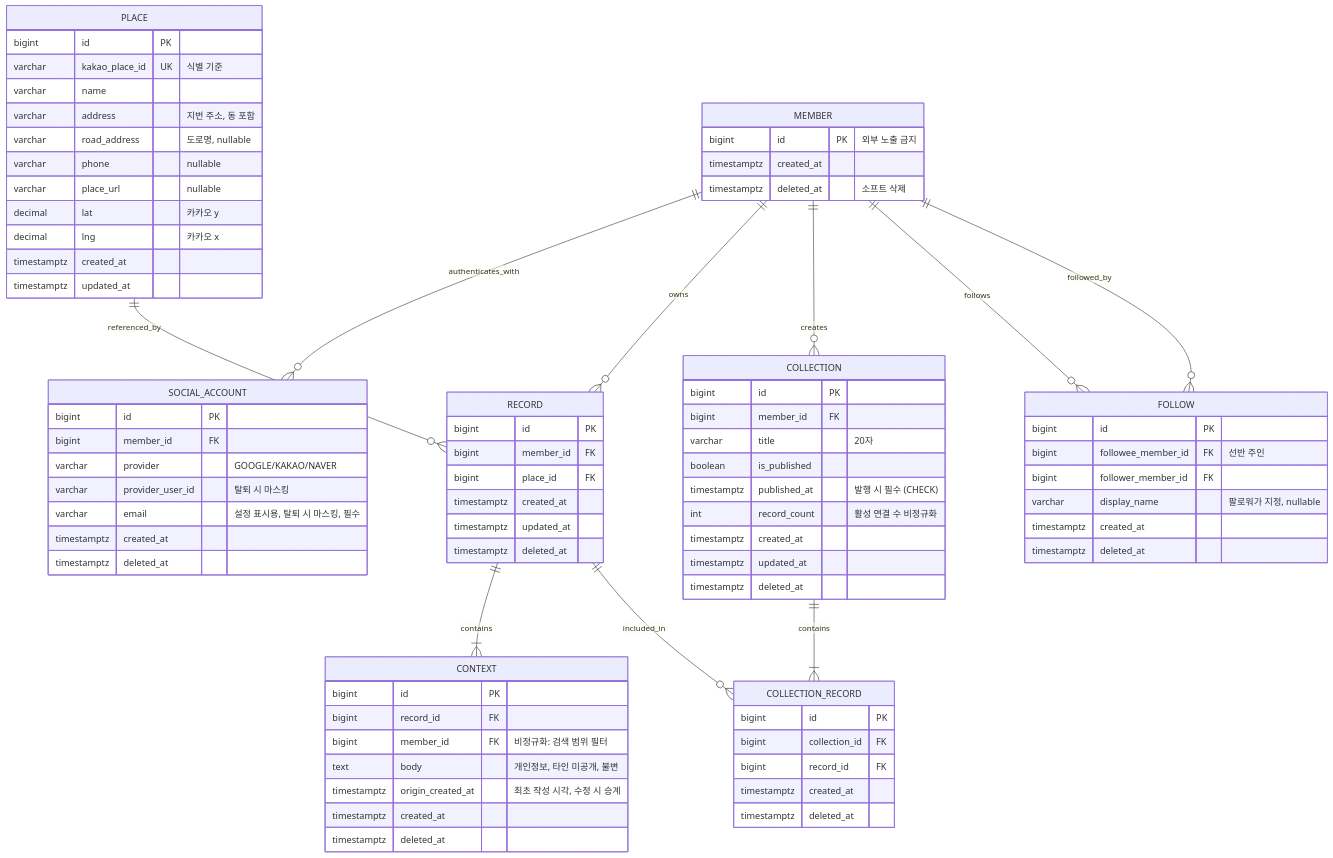
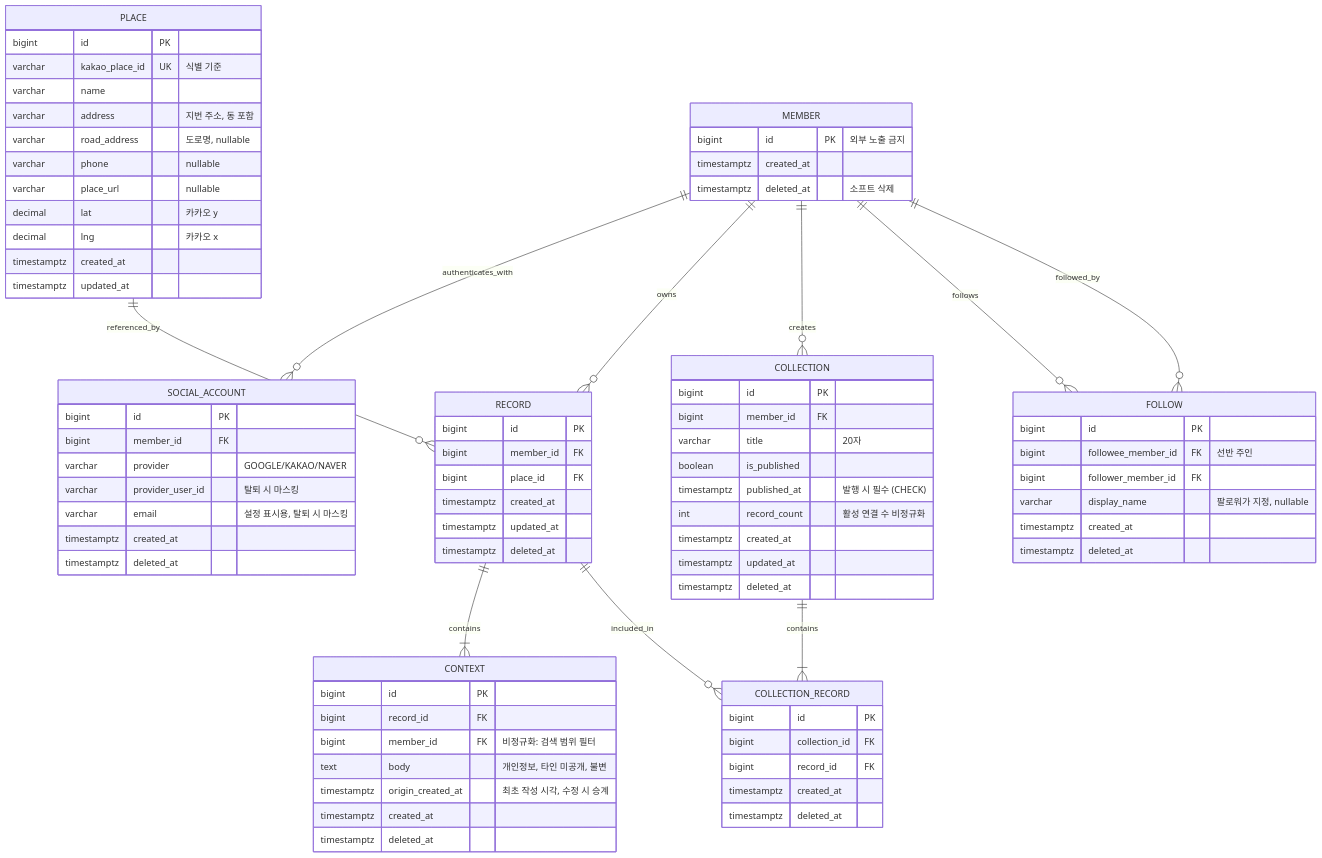
The first of 2 diagrams in static/07_ERD.md (Team-PinLog/docs), drawn with Mermaid before and after one commit.

Commit message:
docs: ERD의 email 표기를 문서 관례에 맞춘다
앞 커밋에서 "nullable"을 "필수"로 바꿨는데, 이 ERD는 **nullable인 것만 표기하고
기본은 필수**로 두는 관례를 쓴다. road_address·phone·place_url·display_name에만
nullable이 붙어 있고, 필수를 명시하는 것은 published_at "발행 시 필수 (CHECK)"처럼
조건부일 때다.

email은 무조건 필수이므로 표기를 지우는 것이 관례에 맞다. 같은 테이블의
provider_user_id와 같은 형태가 됐다.

```diff
--- a/static/07_ERD.md
+++ b/static/07_ERD.md
@@ -29,7 +29,7 @@
         bigint member_id FK
         varchar provider "GOOGLE/KAKAO/NAVER"
         varchar provider_user_id "탈퇴 시 마스킹"
-        varchar email "설정 표시용, 탈퇴 시 마스킹, 필수"
+        varchar email "설정 표시용, 탈퇴 시 마스킹"
         timestamptz created_at
         timestamptz deleted_at
     }
```
